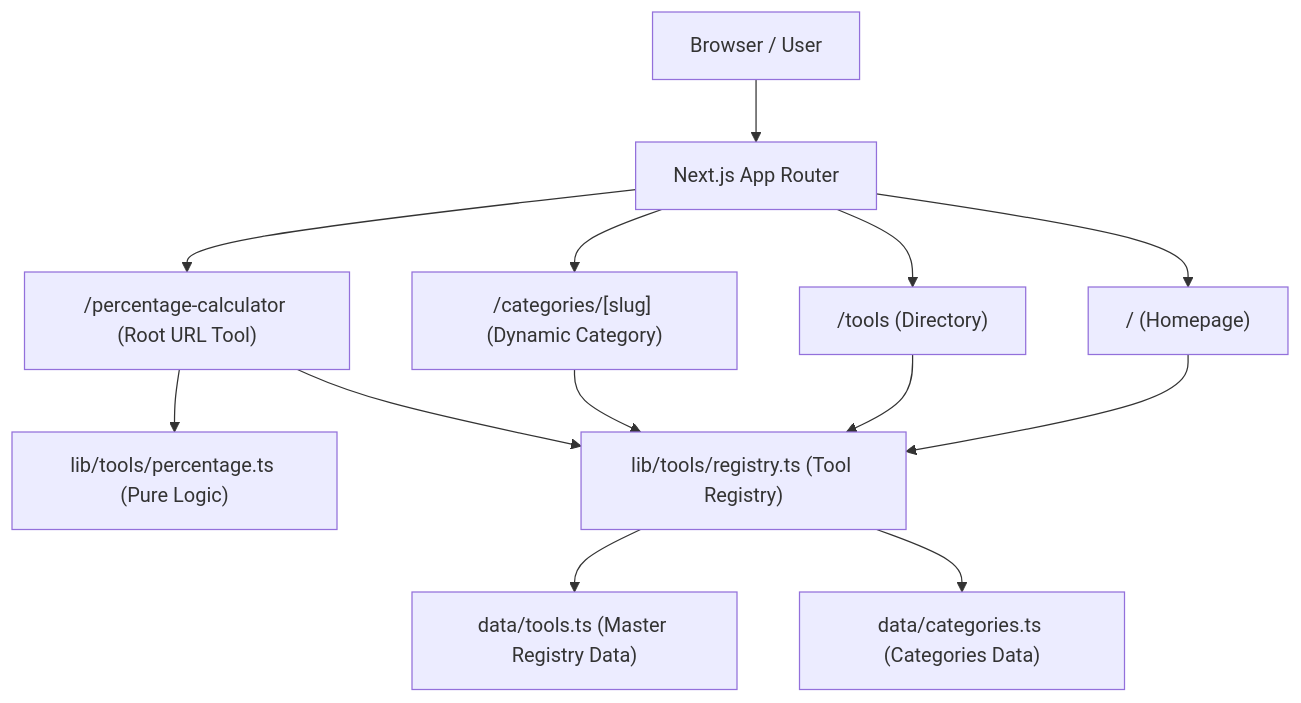
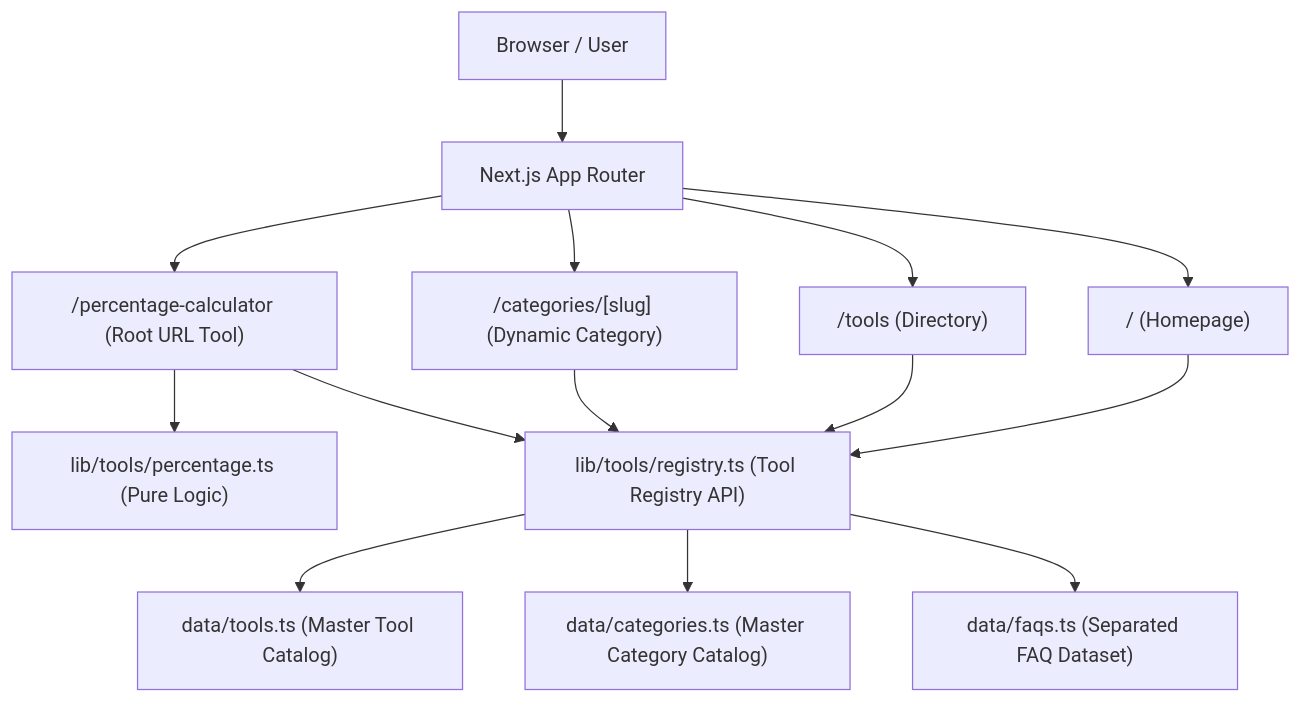
The diagram in docs/architecture.md (johao2/ijmm-tools), drawn with Mermaid before and after one commit. The commit also changed other lines of this file and 8 other files, not shown here.

Commit message:
feat: implement tool registry and data models

````diff
--- a/docs/architecture.md
+++ b/docs/architecture.md
@@ -13,18 +13,19 @@
 ```mermaid
 graph TD
     Client[Browser / User] --> NextRouter[Next.js App Router]
     NextRouter --> HomeRoute["/ (Homepage)"]
     NextRouter --> PilotTool["/percentage-calculator (Root URL Tool)"]
     NextRouter --> DirectoryRoute["/tools (Directory)"]
     NextRouter --> CategoryRoute["/categories/[slug] (Dynamic Category)"]
     
     PilotTool --> PureLogic["lib/tools/percentage.ts (Pure Logic)"]
-    PilotTool --> ToolRegistry["lib/tools/registry.ts (Tool Registry)"]
+    PilotTool --> ToolRegistry["lib/tools/registry.ts (Tool Registry API)"]
     
     CategoryRoute --> ToolRegistry
     DirectoryRoute --> ToolRegistry
     HomeRoute --> ToolRegistry
     
-    ToolRegistry --> DataTools["data/tools.ts (Master Registry Data)"]
-    ToolRegistry --> DataCategories["data/categories.ts (Categories Data)"]
+    ToolRegistry --> DataTools["data/tools.ts (Master Tool Catalog)"]
+    ToolRegistry --> DataCategories["data/categories.ts (Master Category Catalog)"]
+    ToolRegistry --> DataFaqs["data/faqs.ts (Separated FAQ Dataset)"]
 ```
````
